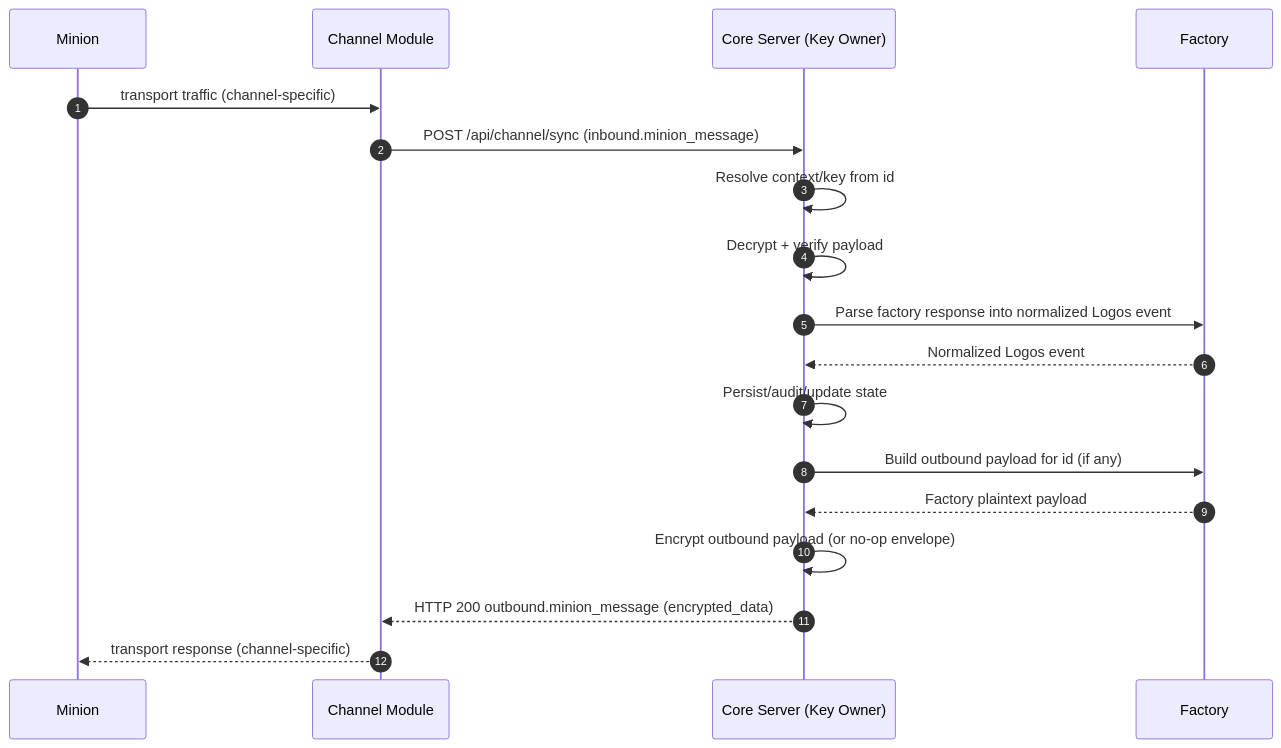
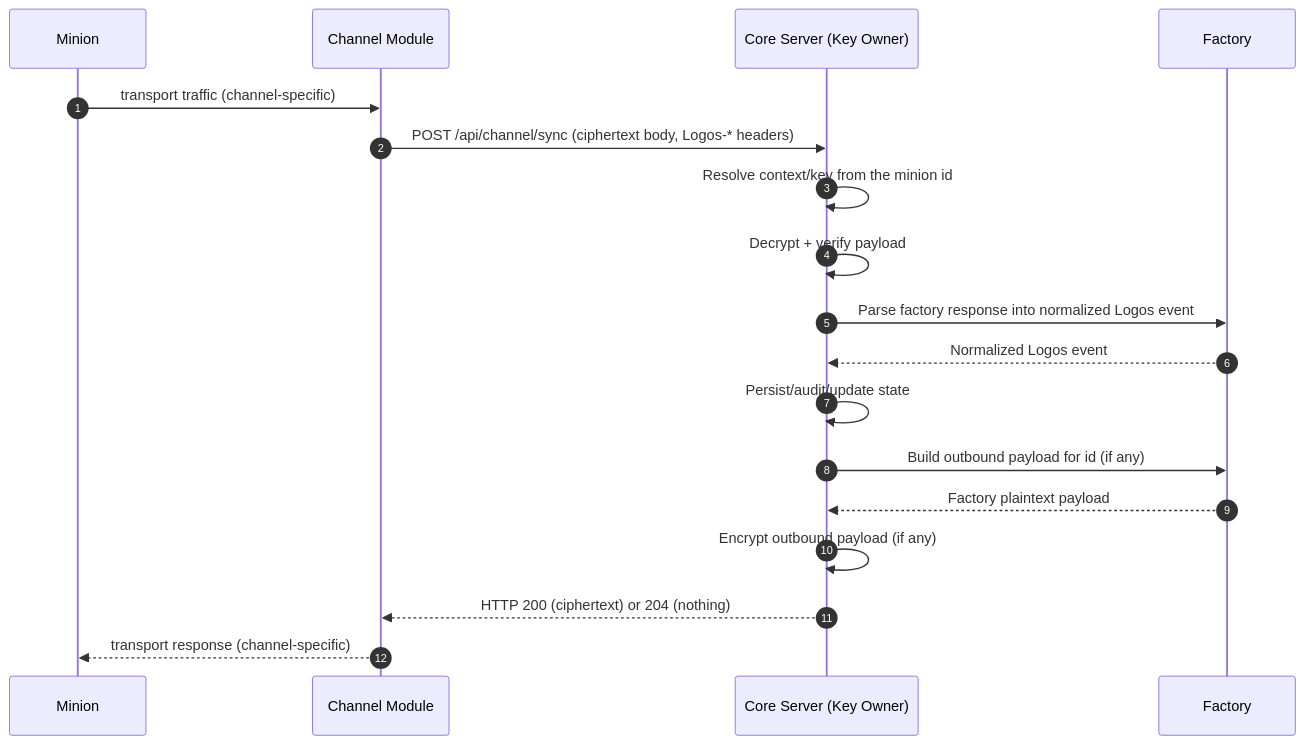
The third of 3 diagrams in src/content/docs/message-flow-full.md (LogosCore/logos-docs), drawn with Mermaid before and after one commit. The commit also changed other lines of this file and 8 other files, not shown here.

First line of the commit message:
HTTP sync: the raw-body contract replaces the JSON envelope across the docs

````diff
--- a/src/content/docs/message-flow-full.md
+++ b/src/content/docs/message-flow-full.md
@@ -65,22 +66,22 @@
 ```mermaid
 sequenceDiagram
     autonumber
     participant I as Minion
     participant CH as Channel Module
     participant CS as Core Server (Key Owner)
     participant IP as Factory
 
     I->>CH: transport traffic (channel-specific)
-    CH->>CS: POST /api/channel/sync (inbound.minion_message)
-    CS->>CS: Resolve context/key from id
+    CH->>CS: POST /api/channel/sync (ciphertext body, Logos-* headers)
+    CS->>CS: Resolve context/key from the minion id
     CS->>CS: Decrypt + verify payload
     CS->>IP: Parse factory response into normalized Logos event
     IP-->>CS: Normalized Logos event
     CS->>CS: Persist/audit/update state
 
     CS->>IP: Build outbound payload for id (if any)
     IP-->>CS: Factory plaintext payload
-    CS->>CS: Encrypt outbound payload (or no-op envelope)
-    CS-->>CH: HTTP 200 outbound.minion_message (encrypted_data)
+    CS->>CS: Encrypt outbound payload (if any)
+    CS-->>CH: HTTP 200 (ciphertext) or 204 (nothing)
     CH-->>I: transport response (channel-specific)
 ```
````
